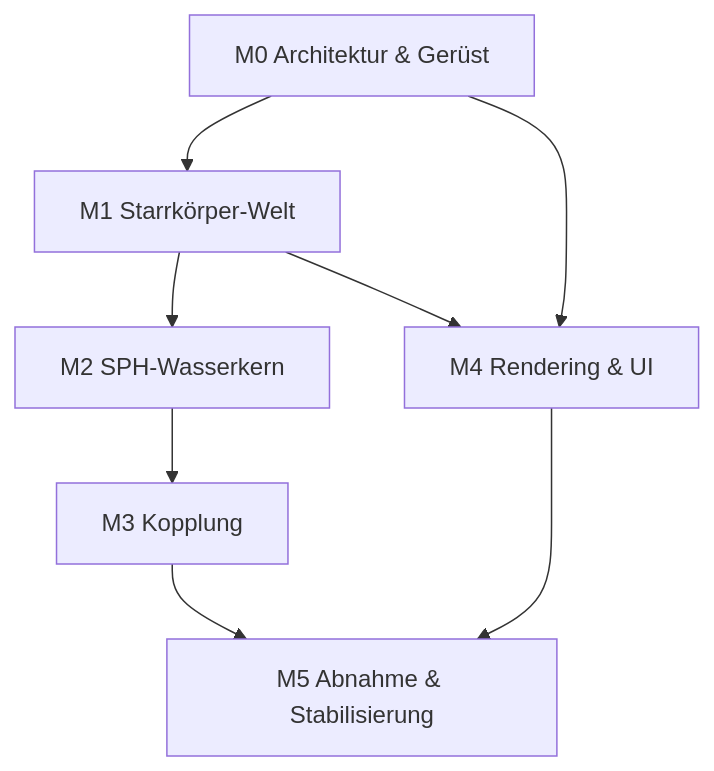
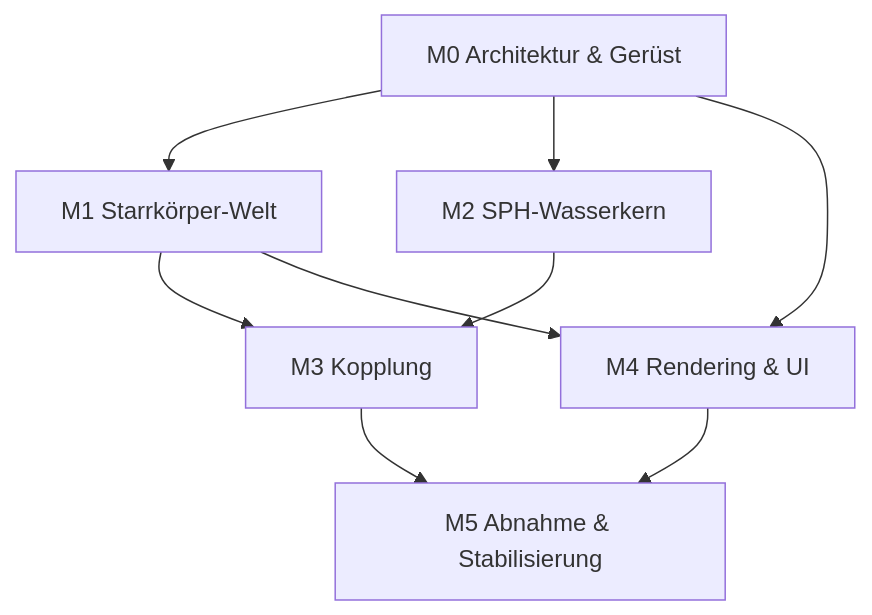
One commit to BergStefanBerlin/SegelPhysik changed the diagram in UMSETZUNGSPLAN.md. Above: the diagram before and after it, drawn with Mermaid. The commit also changed other lines of this file, not shown here.

````diff
--- a/UMSETZUNGSPLAN.md
+++ b/UMSETZUNGSPLAN.md
@@ -174,10 +211,11 @@
 ```mermaid
 graph TD
-    M0[M0 Architektur & Gerüst] --> M1[M1 Starrkörper-Welt]
-    M0 --> M4[M4 Rendering & UI]
-    M1 --> M2[M2 SPH-Wasserkern]
+    M0["M0 Architektur & Gerüst"] --> M1["M1 Starrkörper-Welt"]
+    M0 --> M2["M2 SPH-Wasserkern"]
+    M0 --> M4["M4 Rendering & UI"]
+    M1 --> M3["M3 Kopplung"]
+    M2 --> M3
     M1 --> M4
-    M2 --> M3[M3 Kopplung]
-    M3 --> M5[M5 Abnahme & Stabilisierung]
+    M3 --> M5["M5 Abnahme & Stabilisierung"]
     M4 --> M5
 ```
````
